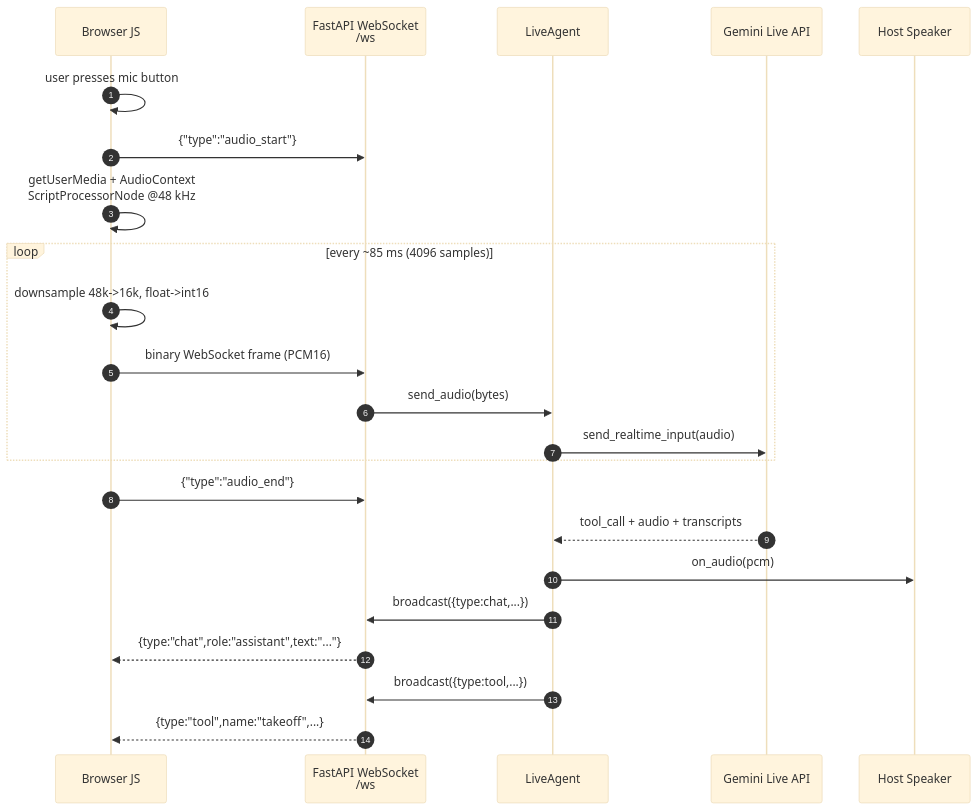
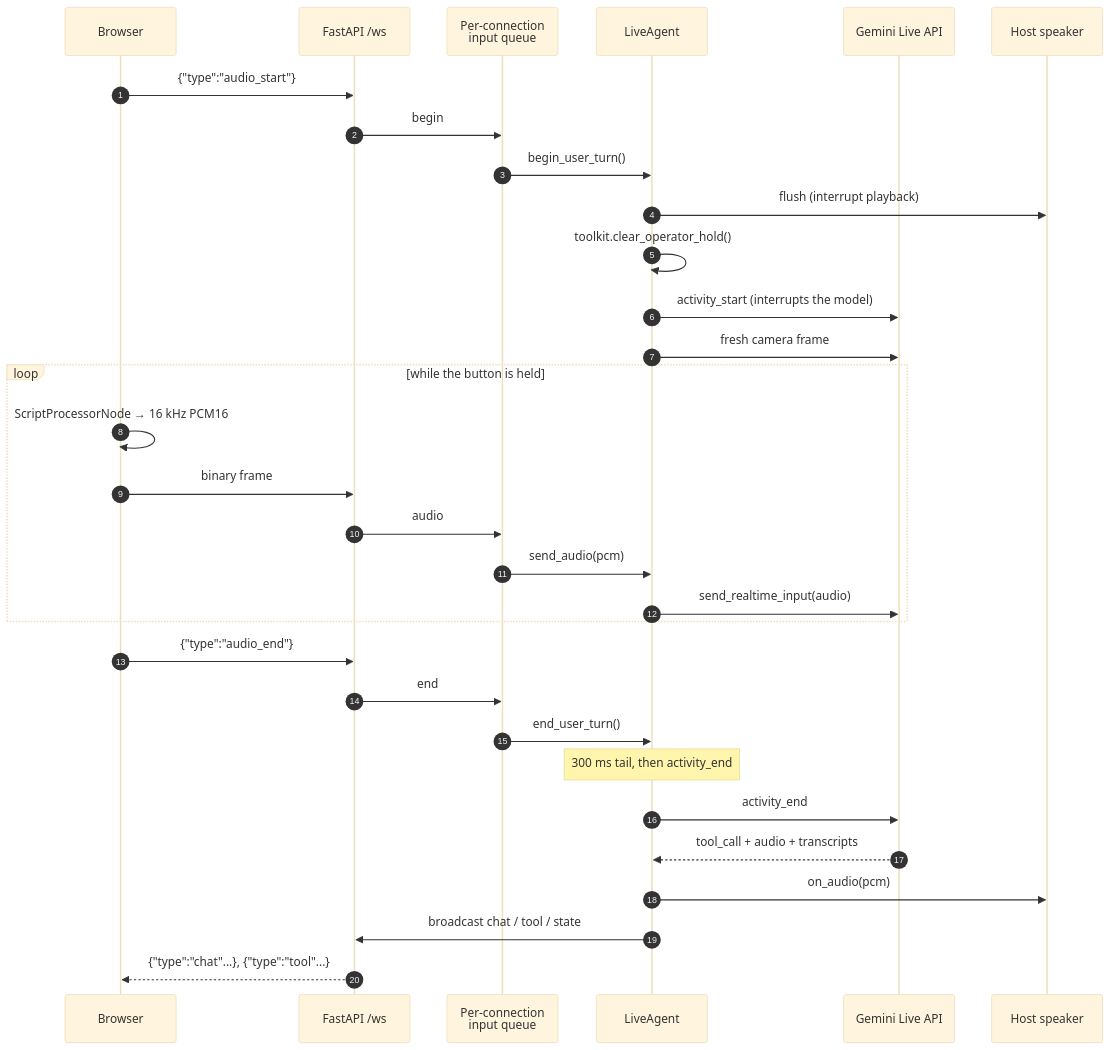
One commit to AyushRajgor/Tello-autonomous changed the third of 7 diagrams in docs/workflow.md. Above: the diagram before and after it, drawn with Mermaid (base theme). The commit also changed other lines of this file and 50 other files, not shown here.

````diff
--- a/docs/workflow.md
+++ b/docs/workflow.md
@@ -146,27 +145,34 @@
 ```mermaid
 sequenceDiagram
     autonumber
-    participant B as Browser JS
-    participant WS as FastAPI WebSocket<br/>/ws
+    participant B as Browser
+    participant WS as FastAPI /ws
+    participant Q as Per-connection<br/>input queue
     participant LA as LiveAgent
     participant GM as Gemini Live API
-    participant Sp as Host Speaker
+    participant Sp as Host speaker
 
-    B->>B: user presses mic button
     B->>WS: {"type":"audio_start"}
-    B->>B: getUserMedia + AudioContext<br/>ScriptProcessorNode @48 kHz
-    loop every ~85 ms (4096 samples)
-        B->>B: downsample 48k->16k, float->int16
-        B->>WS: binary WebSocket frame (PCM16)
-        WS->>LA: send_audio(bytes)
+    WS->>Q: begin
+    Q->>LA: begin_user_turn()
+    LA->>Sp: flush (interrupt playback)
+    LA->>LA: toolkit.clear_operator_hold()
+    LA->>GM: activity_start (interrupts the model)
+    LA->>GM: fresh camera frame
+    loop while the button is held
+        B->>B: ScriptProcessorNode → 16 kHz PCM16
+        B->>WS: binary frame
+        WS->>Q: audio
+        Q->>LA: send_audio(pcm)
         LA->>GM: send_realtime_input(audio)
     end
     B->>WS: {"type":"audio_end"}
-
+    WS->>Q: end
+    Q->>LA: end_user_turn()
+    Note over LA: 300 ms tail, then activity_end
+    LA->>GM: activity_end
     GM-->>LA: tool_call + audio + transcripts
     LA->>Sp: on_audio(pcm)
-    LA->>WS: broadcast({type:chat,...})
-    WS-->>B: {type:"chat",role:"assistant",text:"..."}
-    LA->>WS: broadcast({type:tool,...})
-    WS-->>B: {type:"tool",name:"takeoff",...}
+    LA->>WS: broadcast chat / tool / state
+    WS-->>B: {"type":"chat"...}, {"type":"tool"...}
 ```
````
